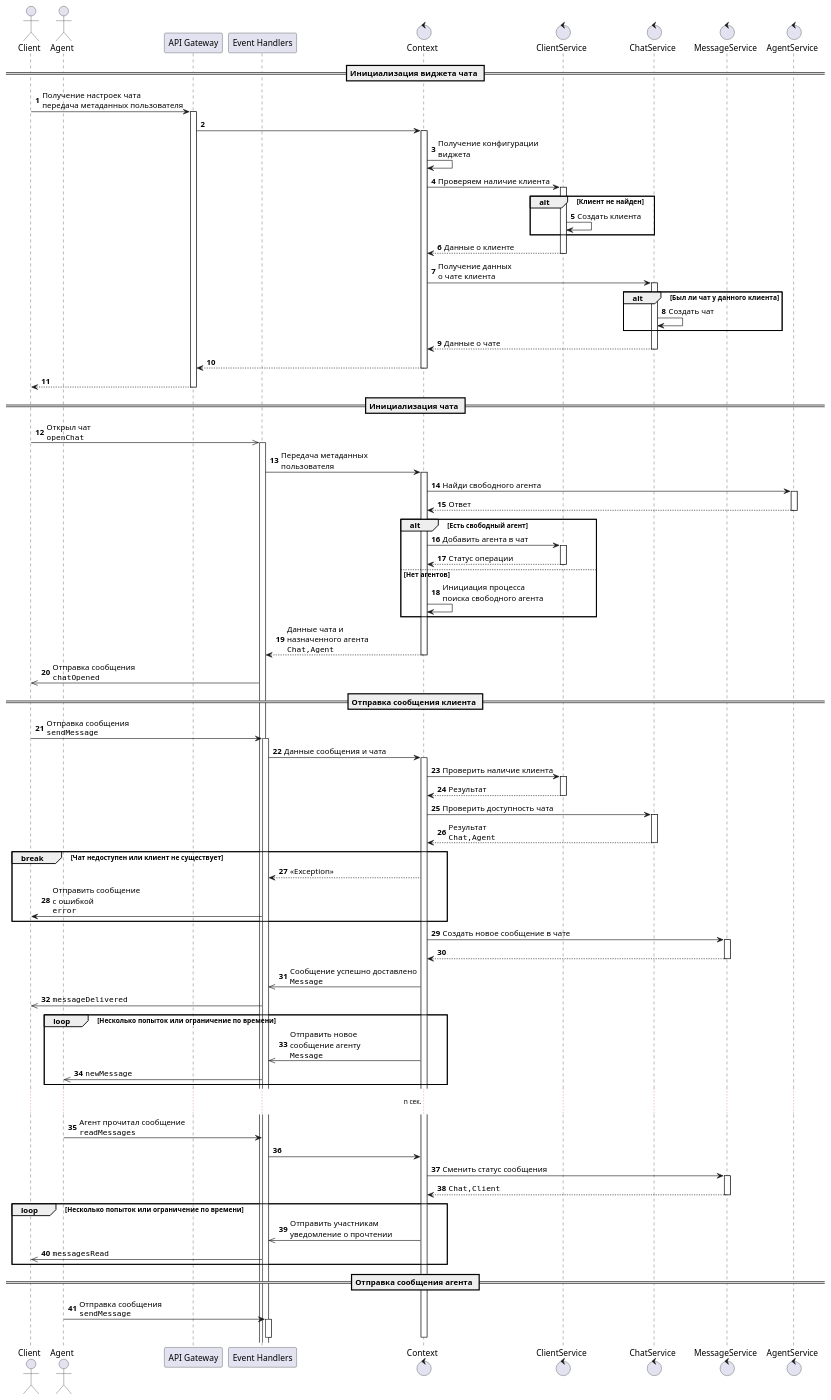
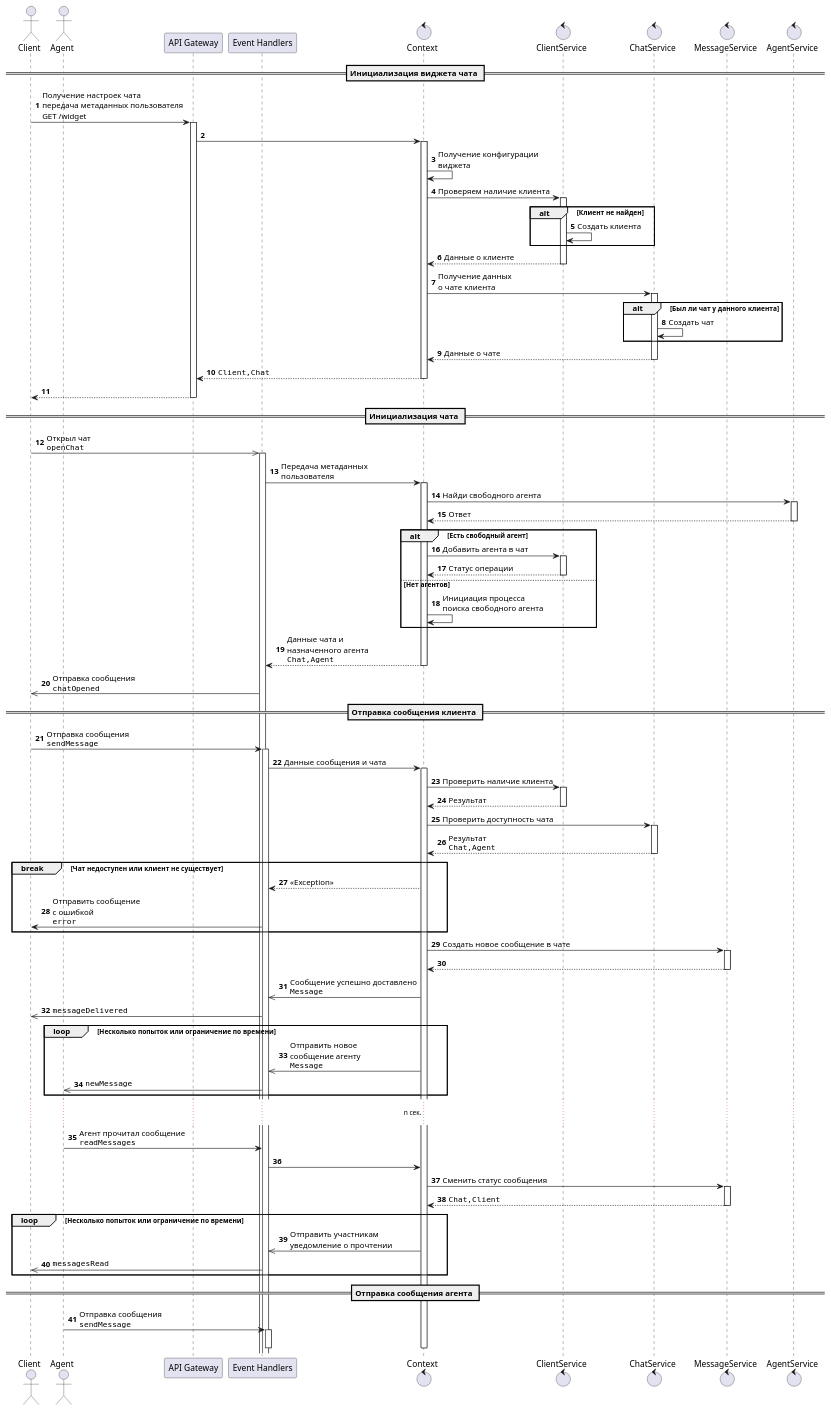
The diagram in diagrams/sequence.puml (ygnez/chat), drawn with PlantUML before and after one commit.

```diff
--- a/diagrams/sequence.puml
+++ b/diagrams/sequence.puml
@@ -1,107 +1,107 @@
 @startuml
 
 autonumber
 
 actor Client as C
 actor Agent as A
 
 participant "API Gateway" as API
 participant "Event Handlers" as E
 
 control "Context" as X
 control "ClientService" as CS
 control "ChatService" as HS
 control "MessageService" as MS
 control "AgentService" as AS
 
 == Инициализация виджета чата ==
 
-C -> API++: Получение настроек чата\nпередача метаданных пользователя
+C -> API++: Получение настроек чата\nпередача метаданных пользователя\nGET /widget
 
 API -> X++
 
 X -> X: Получение конфигурации\nвиджета
 
 X -> CS++: Проверяем наличие клиента
 alt Клиент не найден
   CS -> CS: Создать клиента
 end
 CS --> X--: Данные о клиенте
 
 X -> HS++: Получение данных\nо чате клиента
 alt Был ли чат у данного клиента
   HS -> HS: Создать чат
 end
 HS --> X--: Данные о чате
 
-X --> API--
+X --> API--: ""Client,Chat""
 
 API --> C--
 
 == Инициализация чата ==
 
 C ->> E++: Открыл чат\n""openChat""
 E -> X++: Передача метаданных\nпользователя
 
 X -> AS++: Найди свободного агента
 AS --> X--: Ответ
 
 alt Есть свободный агент
   X -> CS++: Добавить агента в чат
   CS --> X--: Статус операции
 else Нет агентов
   X -> X: Инициация процесса\nпоиска свободного агента
 end
 
 X --> E--: Данные чата и\nназначенного агента\n""Chat,Agent""
 
 E ->> C: Отправка сообщения\n""chatOpened""
 
 == Отправка сообщения клиента ==
 
 C -> E++: Отправка сообщения\n""sendMessage""
 
 E -> X++: Данные сообщения и чата
 
 X -> CS++: Проверить наличие клиента
 CS --> X--: Результат
 
 X -> HS++: Проверить доступность чата
 HS --> X--: Результат\n""Chat,Agent""
 
 break Чат недоступен или клиент не существует
   X --> E: << Exception >>
   E -> C: Отправить сообщение\nс ошибкой\n""error""
 end
 
 X -> MS++: Создать новое сообщение в чате
 MS --> X--
 
 X ->> E: Сообщение успешно доставлено\n""Message""
 E ->> C: ""messageDelivered""
 
 loop Несколько попыток или ограничение по времени
   X ->> E: Отправить новое\nсообщение агенту\n""Message""
   E ->> A: ""newMessage""
 end
 
 ... n сек. ...
 
 A -> E: Агент прочитал сообщение\n""readMessages""
 E -> X
 X -> MS++: Сменить статус сообщения
 MS --> X--: ""Chat,Client""
 
 loop Несколько попыток или ограничение по времени
   X ->> E: Отправить участникам\nуведомление о прочтении
   E ->> C: ""messagesRead""
 end
 
 == Отправка сообщения агента ==
 
 A -> E++: Отправка сообщения\n""sendMessage""
 
 deactivate X
 deactivate E
 
 @enduml
```
